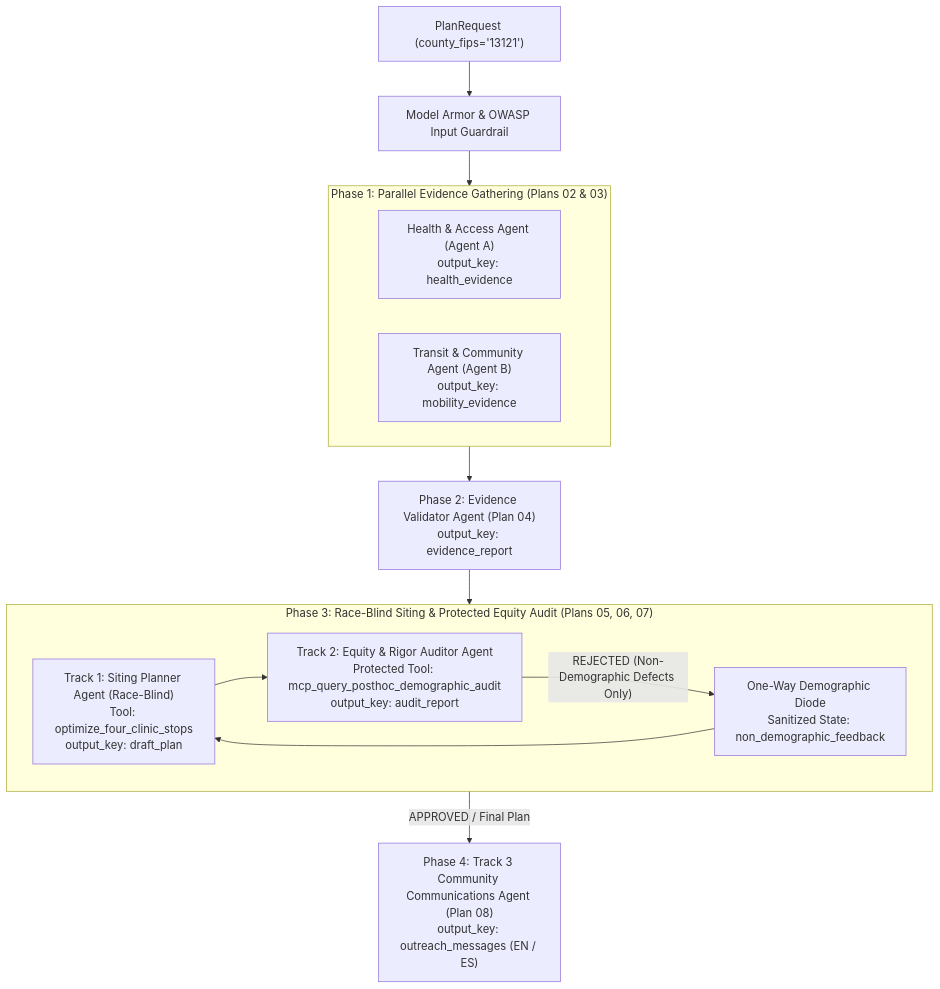
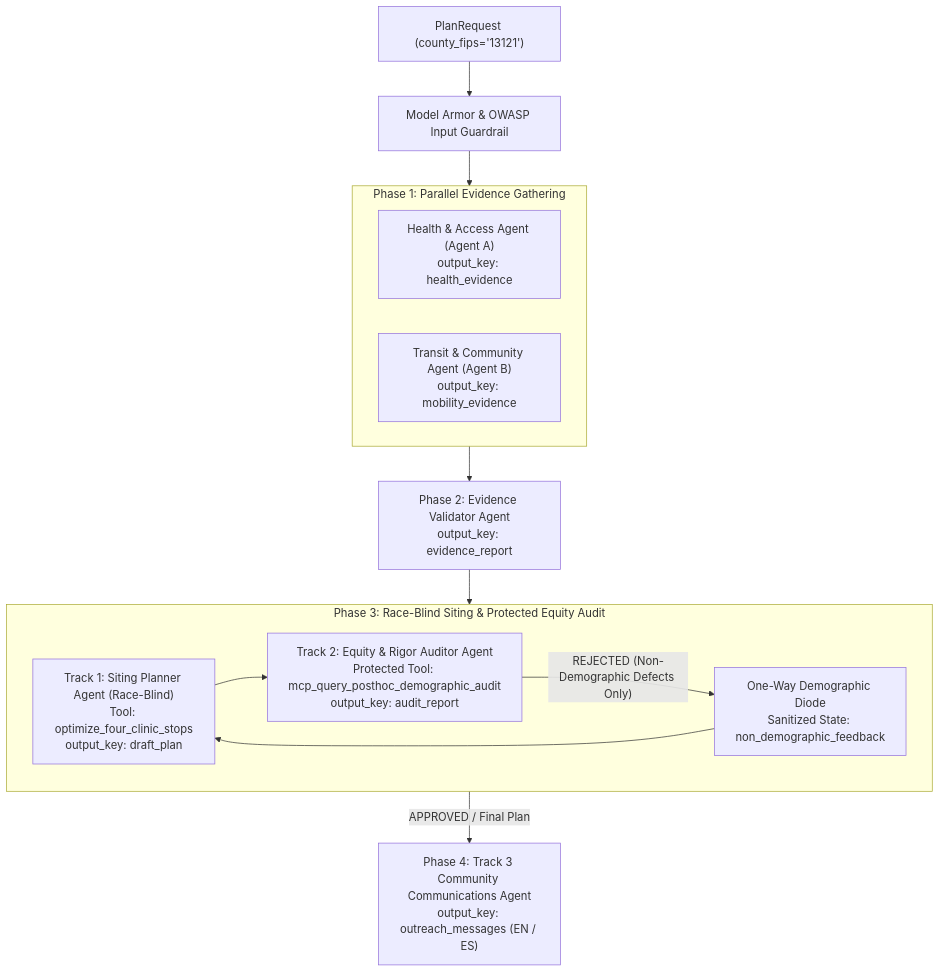
The diagram in README.md (s4mannem/care-bridge-repo), drawn with Mermaid before and after one commit. The commit also changed other lines of this file and 42 other files, not shown here.

````diff
--- a/README.md
+++ b/README.md
@@ -9,23 +9,23 @@
 ```mermaid
 flowchart TD
     Req["PlanRequest (county_fips='13121')"] --> Armor["Model Armor & OWASP Input Guardrail"]
     Armor --> ParallelEv["ParallelAgent: Evidence Gatherer"]
 
-    subgraph ParallelEv ["Phase 1: Parallel Evidence Gathering (Plans 02 & 03)"]
+    subgraph ParallelEv ["Phase 1: Parallel Evidence Gathering"]
         AgentA["Health & Access Agent (Agent A)<br/>output_key: health_evidence"]
         AgentB["Transit & Community Agent (Agent B)<br/>output_key: mobility_evidence"]
     end
 
-    ParallelEv --> Validator["Phase 2: Evidence Validator Agent (Plan 04)<br/>output_key: evidence_report"]
+    ParallelEv --> Validator["Phase 2: Evidence Validator Agent<br/>output_key: evidence_report"]
     Validator --> Loop["LoopAgent: Plan & Audit Loop (max_iterations=2)"]
 
-    subgraph Loop ["Phase 3: Race-Blind Siting & Protected Equity Audit (Plans 05, 06, 07)"]
+    subgraph Loop ["Phase 3: Race-Blind Siting & Protected Equity Audit"]
         Planner["Track 1: Siting Planner Agent (Race-Blind)<br/>Tool: optimize_four_clinic_stops<br/>output_key: draft_plan"]
         Auditor["Track 2: Equity & Rigor Auditor Agent<br/>Protected Tool: mcp_query_posthoc_demographic_audit<br/>output_key: audit_report"]
         Diode["One-Way Demographic Diode<br/>Sanitized State: non_demographic_feedback"]
         Planner --> Auditor
         Auditor -- "REJECTED (Non-Demographic Defects Only)" --> Diode --> Planner
     end
 
-    Loop -- "APPROVED / Final Plan" --> Comm["Phase 4: Track 3 Community Communications Agent (Plan 08)<br/>output_key: outreach_messages (EN / ES)"]
+    Loop -- "APPROVED / Final Plan" --> Comm["Phase 4: Track 3 Community Communications Agent<br/>output_key: outreach_messages (EN / ES)"]
 ```
````
